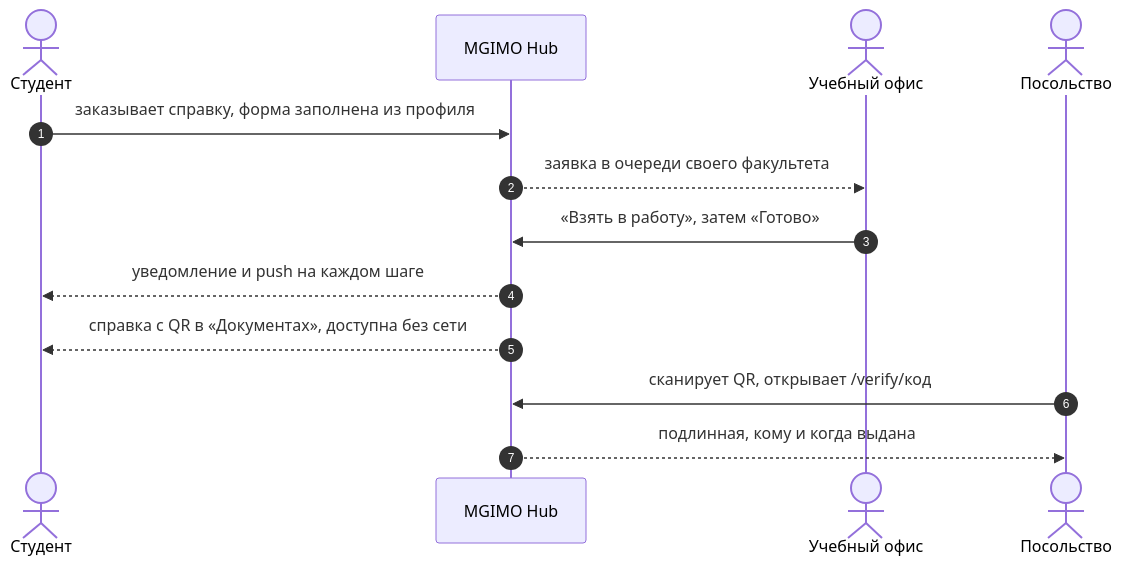
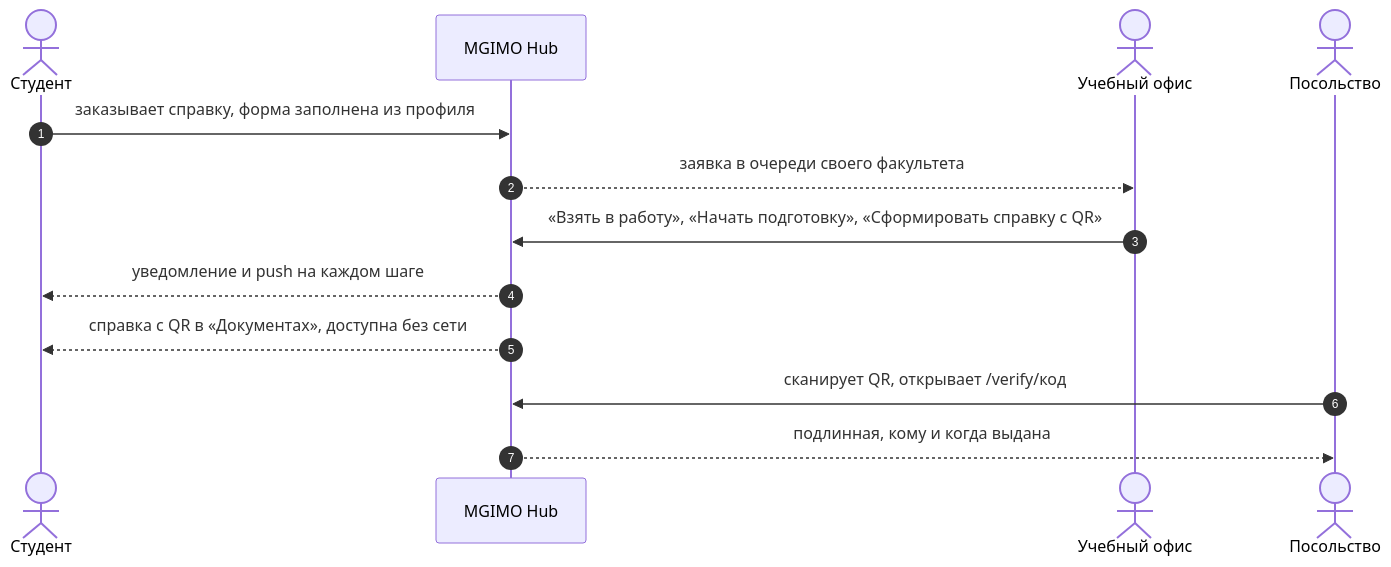
The second of 2 diagrams in README.md (dudlecode/mgimo-hub), drawn with Mermaid before and after one commit. The commit also changed other lines of this file and 84 other files, not shown here.

````diff
--- a/README.md
+++ b/README.md
@@ -224,15 +227,15 @@
 ```mermaid
 sequenceDiagram
   autonumber
   actor S as Студент
   participant H as MGIMO Hub
   actor O as Учебный офис
   actor V as Посольство
   S->>H: заказывает справку, форма заполнена из профиля
   H-->>O: заявка в очереди своего факультета
-  O->>H: «Взять в работу», затем «Готово»
+  O->>H: «Взять в работу», «Начать подготовку», «Сформировать справку с QR»
   H-->>S: уведомление и push на каждом шаге
   H-->>S: справка с QR в «Документах», доступна без сети
   V->>H: сканирует QR, открывает /verify/код
   H-->>V: подлинная, кому и когда выдана
 ```
````
